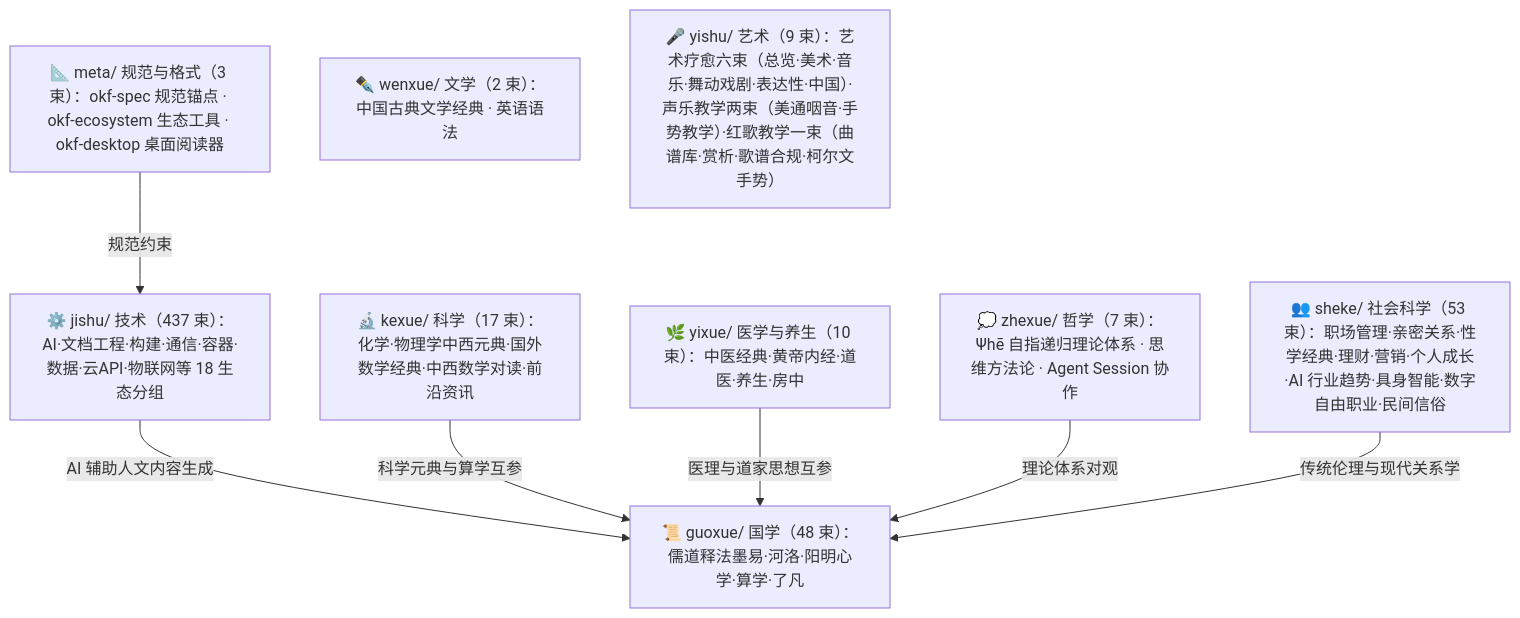
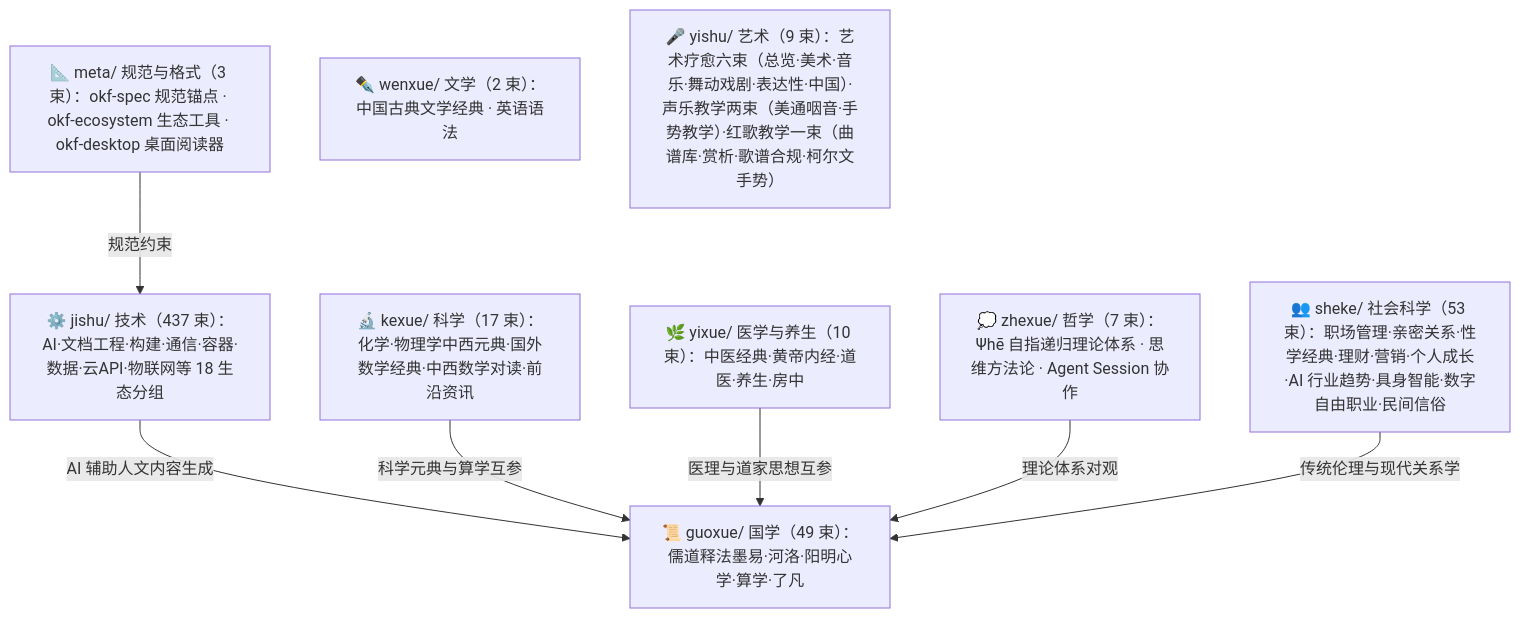
One commit to awesome-flexloop/awesome-okf changed the diagram in doc/bundles/index.md. Above: the diagram before and after it, drawn with Mermaid. The commit also changed other lines of this file and 14 other files, not shown here.

````diff
--- a/doc/bundles/index.md
+++ b/doc/bundles/index.md
@@ -21,18 +21,18 @@
 ```mermaid
 flowchart TD
     meta["📐 meta/ 规范与格式（3 束）：okf-spec 规范锚点 · okf-ecosystem 生态工具 · okf-desktop 桌面阅读器"]
-    guoxue["📜 guoxue/ 国学（48 束）：儒道释法墨易·河洛·阳明心学·算学·了凡"]
+    guoxue["📜 guoxue/ 国学（49 束）：儒道释法墨易·河洛·阳明心学·算学·了凡"]
     zhexue["💭 zhexue/ 哲学（7 束）：Ψhē 自指递归理论体系 · 思维方法论 · Agent Session 协作"]
     kexue["🔬 kexue/ 科学（17 束）：化学·物理学中西元典·国外数学经典·中西数学对读·前沿资讯"]
     wenxue["✒️ wenxue/ 文学（2 束）：中国古典文学经典 · 英语语法"]
     yixue["🌿 yixue/ 医学与养生（10 束）：中医经典·黄帝内经·道医·养生·房中"]
     sheke["👥 sheke/ 社会科学（53 束）：职场管理·亲密关系·性学经典·理财·营销·个人成长·AI 行业趋势·具身智能·数字自由职业·民间信俗"]
     yishu["🎤 yishu/ 艺术（9 束）：艺术疗愈六束（总览·美术·音乐·舞动戏剧·表达性·中国）·声乐教学两束（美通咽音·手势教学）·红歌教学一束（曲谱库·赏析·歌谱合规·柯尔文手势）"]
     jishu["⚙️ jishu/ 技术（437 束）：AI·文档工程·构建·通信·容器·数据·云API·物联网等 18 生态分组"]
     meta -->|"规范约束"| jishu
     jishu -->|"AI 辅助人文内容生成"| guoxue
     kexue -->|"科学元典与算学互参"| guoxue
     yixue -->|"医理与道家思想互参"| guoxue
     zhexue -->|"理论体系对观"| guoxue
     sheke -->|"传统伦理与现代关系学"| guoxue
 ```
````
